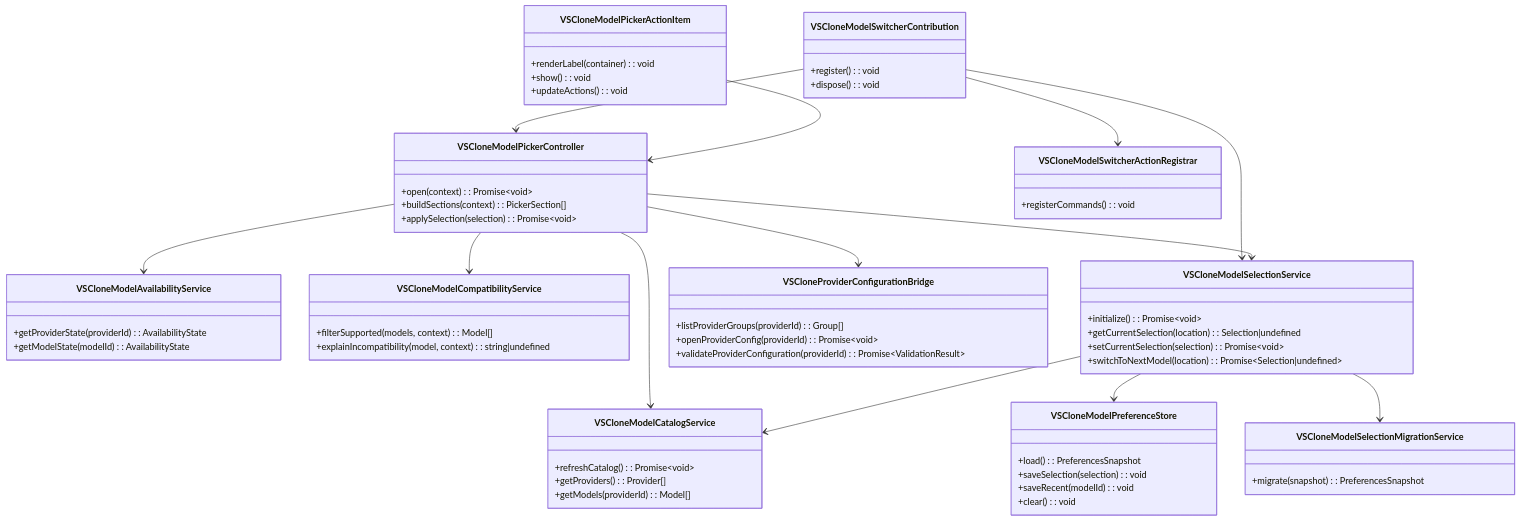
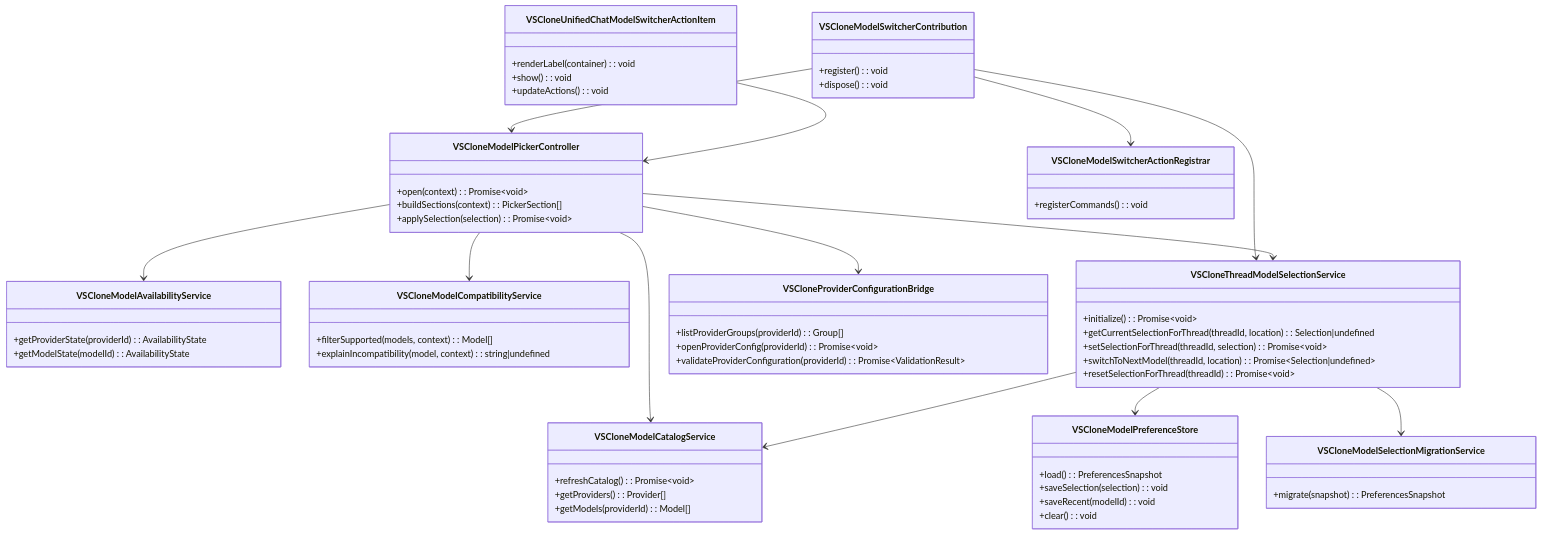
Before and after one commit to BrandonHowe/cs485-llm-ide: the diagram in cs485/diagrams/userstory3/class-diagram-1.mmd, drawn with Mermaid. The commit also changed 30 other files, not shown here.

```diff
--- a/cs485/diagrams/userstory3/class-diagram-1.mmd
+++ b/cs485/diagrams/userstory3/class-diagram-1.mmd
@@ -1,77 +1,78 @@
 classDiagram
 class VSCloneModelSwitcherContribution {
   +register(): void
   +dispose(): void
 }
 
 class VSCloneModelCatalogService {
   +refreshCatalog(): Promise~void~
   +getProviders(): Provider[]
   +getModels(providerId): Model[]
 }
 
 class VSCloneModelAvailabilityService {
   +getProviderState(providerId): AvailabilityState
   +getModelState(modelId): AvailabilityState
 }
 
 class VSCloneModelCompatibilityService {
   +filterSupported(models, context): Model[]
   +explainIncompatibility(model, context): string|undefined
 }
 
-class VSCloneModelSelectionService {
+class VSCloneThreadModelSelectionService {
   +initialize(): Promise~void~
-  +getCurrentSelection(location): Selection|undefined
-  +setCurrentSelection(selection): Promise~void~
-  +switchToNextModel(location): Promise~Selection|undefined~
+  +getCurrentSelectionForThread(threadId, location): Selection|undefined
+  +setSelectionForThread(threadId, selection): Promise~void~
+  +switchToNextModel(threadId, location): Promise~Selection|undefined~
+  +resetSelectionForThread(threadId): Promise~void~
 }
 
 class VSCloneModelPreferenceStore {
   +load(): PreferencesSnapshot
   +saveSelection(selection): void
   +saveRecent(modelId): void
   +clear(): void
 }
 
 class VSCloneProviderConfigurationBridge {
   +listProviderGroups(providerId): Group[]
   +openProviderConfig(providerId): Promise~void~
   +validateProviderConfiguration(providerId): Promise~ValidationResult~
 }
 
 class VSCloneModelPickerController {
   +open(context): Promise~void~
   +buildSections(context): PickerSection[]
   +applySelection(selection): Promise~void~
 }
 
-class VSCloneModelPickerActionItem {
+class VSCloneUnifiedChatModelSwitcherActionItem {
   +renderLabel(container): void
   +show(): void
   +updateActions(): void
 }
 
 class VSCloneModelSwitcherActionRegistrar {
   +registerCommands(): void
 }
 
 class VSCloneModelSelectionMigrationService {
   +migrate(snapshot): PreferencesSnapshot
 }
 
 VSCloneModelSwitcherContribution --> VSCloneModelSwitcherActionRegistrar
 VSCloneModelSwitcherContribution --> VSCloneModelPickerController
-VSCloneModelSwitcherContribution --> VSCloneModelSelectionService
+VSCloneModelSwitcherContribution --> VSCloneThreadModelSelectionService
 
 VSCloneModelPickerController --> VSCloneModelCatalogService
 VSCloneModelPickerController --> VSCloneModelAvailabilityService
 VSCloneModelPickerController --> VSCloneModelCompatibilityService
-VSCloneModelPickerController --> VSCloneModelSelectionService
+VSCloneModelPickerController --> VSCloneThreadModelSelectionService
 VSCloneModelPickerController --> VSCloneProviderConfigurationBridge
 
-VSCloneModelSelectionService --> VSCloneModelPreferenceStore
-VSCloneModelSelectionService --> VSCloneModelSelectionMigrationService
-VSCloneModelSelectionService --> VSCloneModelCatalogService
+VSCloneThreadModelSelectionService --> VSCloneModelPreferenceStore
+VSCloneThreadModelSelectionService --> VSCloneModelSelectionMigrationService
+VSCloneThreadModelSelectionService --> VSCloneModelCatalogService
 
-VSCloneModelPickerActionItem --> VSCloneModelPickerController
+VSCloneUnifiedChatModelSwitcherActionItem --> VSCloneModelPickerController
```
